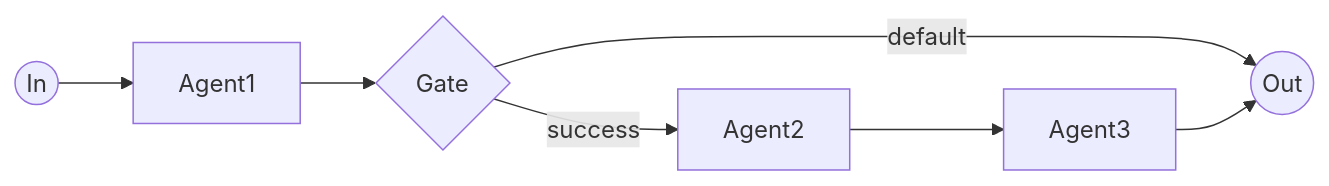
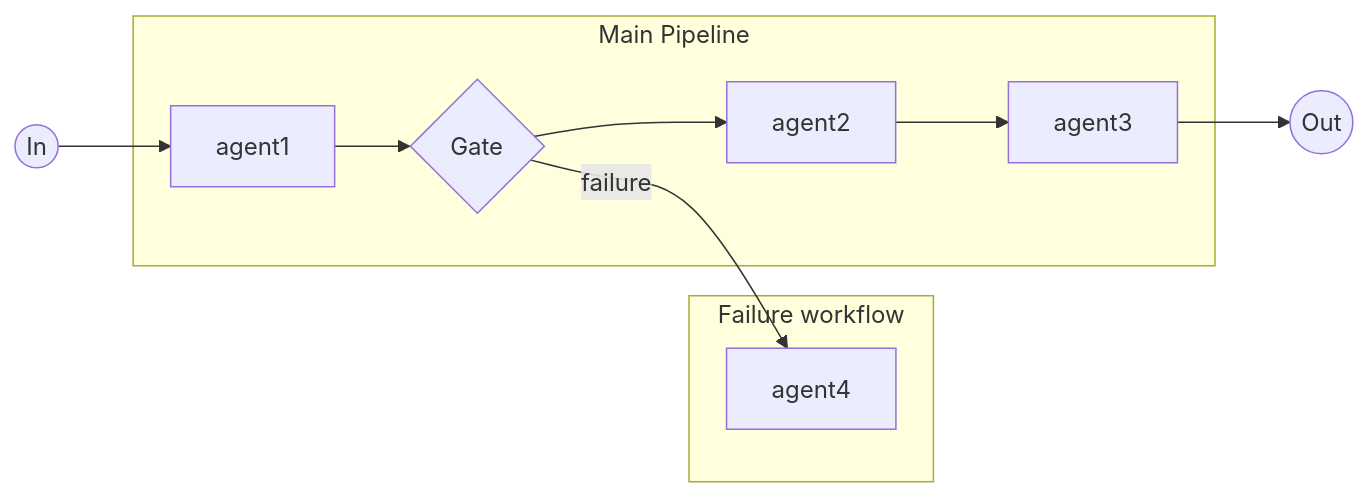
One commit to rootstrap/mars changed the diagram in examples/simple_workflow/diagram.md. Above: the diagram before and after it, drawn with Mermaid. The commit also changed 8 other files, not shown here.

````diff
--- a/examples/simple_workflow/diagram.md
+++ b/examples/simple_workflow/diagram.md
@@ -1,15 +1,26 @@
 ```mermaid
 flowchart LR
 in((In))
 out((Out))
-agent1[Agent1]
+agent1[agent1]
 gate{Gate}
-agent2[Agent2]
-agent3[Agent3]
+agent4[agent4]
+agent2[agent2]
+agent3[agent3]
+subgraph failure_workflow["Failure workflow"]
+  agent4
+end
+subgraph main_pipeline["Main Pipeline"]
+  agent1
+  gate
+  agent4
+  agent2
+  agent3
+end
 in --> agent1
 agent1 --> gate
-gate -->|success| agent2
-gate -->|default| out
+gate -->|failure| agent4
+gate --> agent2
 agent2 --> agent3
 agent3 --> out
 ```
````
